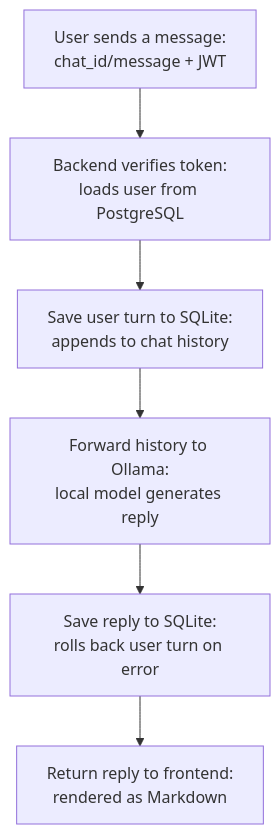
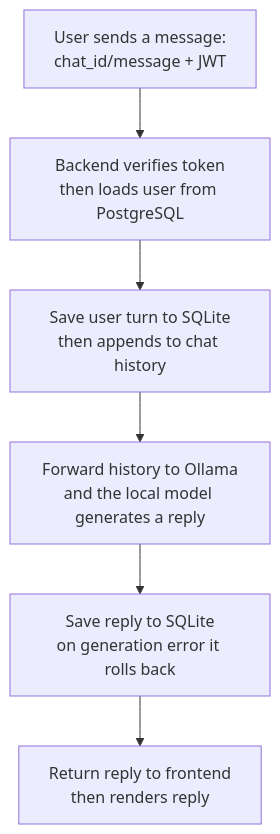
Before and after one commit to stropeala/final_project_ITS2025-2026: the diagram in README.md, drawn with Mermaid.

````diff
--- a/README.md
+++ b/README.md
@@ -42,11 +42,11 @@
 ```mermaid
 flowchart TD
     A["User sends a message:<br/>chat_id/message + JWT"]
-    B["Backend verifies token:<br/>loads user from PostgreSQL"]
-    C["Save user turn to SQLite:<br/>appends to chat history"]
-    D["Forward history to Ollama:<br/>local model generates reply"]
-    E["Save reply to SQLite:<br/>rolls back user turn on error"]
-    F["Return reply to frontend:<br/>rendered as Markdown"]
+    B["Backend verifies token<br/>then loads user from PostgreSQL"]
+    C["Save user turn to SQLite<br/>then appends to chat history"]
+    D["Forward history to Ollama<br/>and the local model generates a reply"]
+    E["Save reply to SQLite<br/>on generation error it rolls back"]
+    F["Return reply to frontend<br/>then renders reply"]
 
     A --> B --> C --> D --> E --> F
 ```
````
